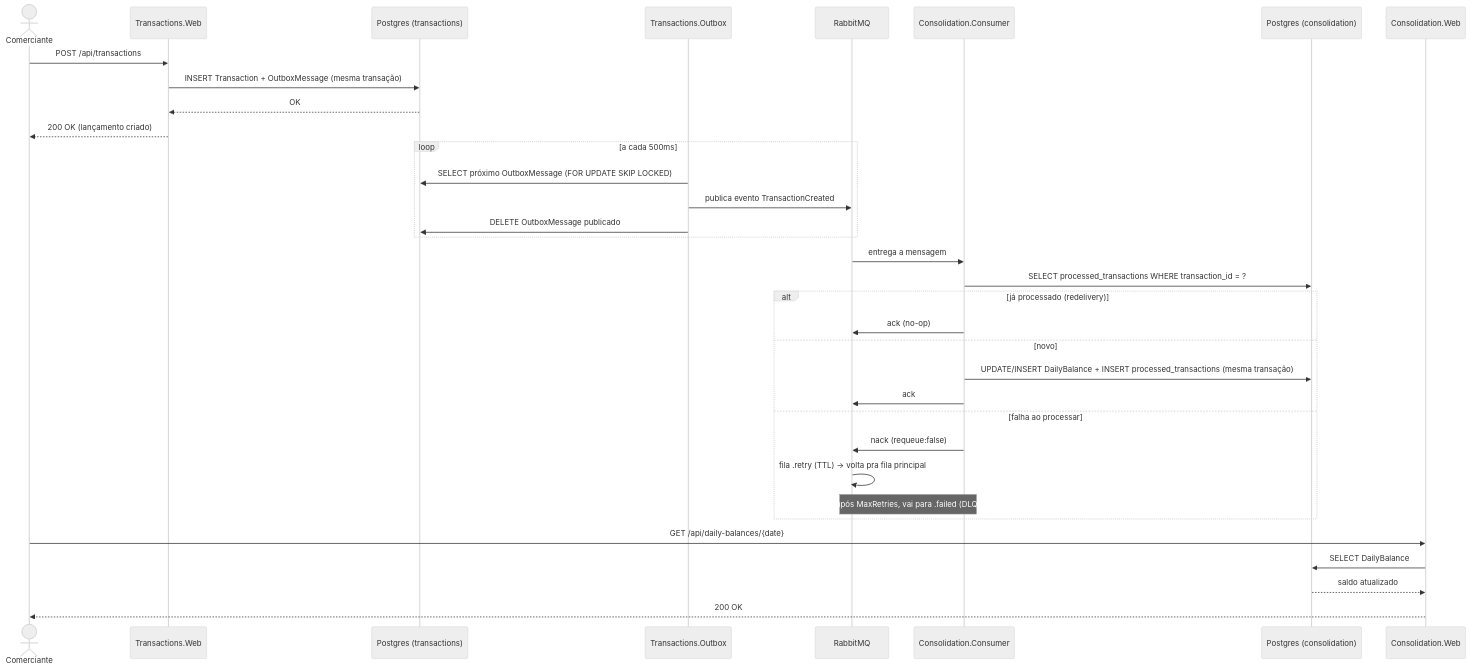
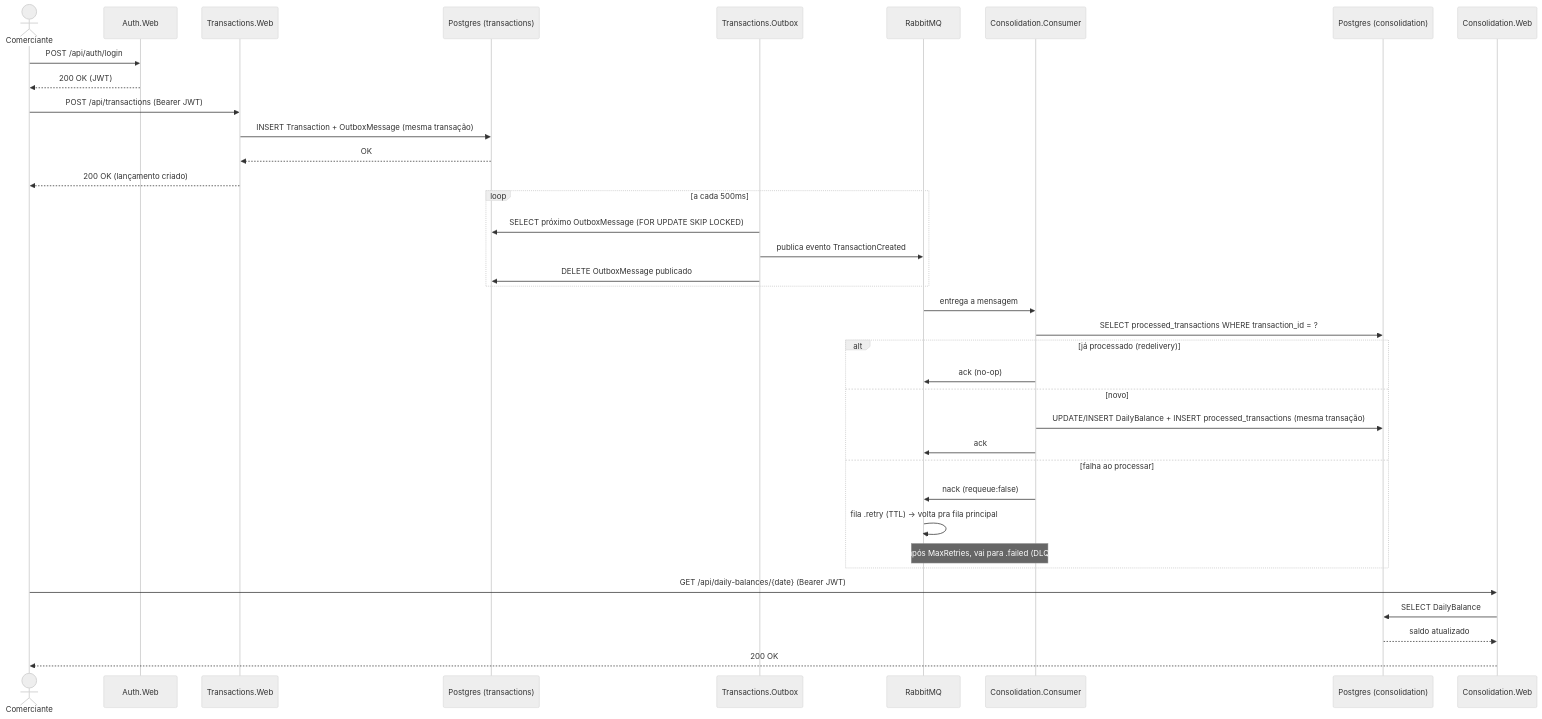
Before and after one commit to lhpvolpi/cash-flow: the third of 4 diagrams in docs/architecture.md, drawn with Mermaid (neutral theme). The commit also changed other lines of this file and 9 other files, not shown here.

First line of the commit message:
test: testes de autorização JWT via WebApplicationFactory e atualização da documentação

````diff
--- a/docs/architecture.md
+++ b/docs/architecture.md
@@ -97,41 +107,45 @@
 ```mermaid
 sequenceDiagram
     actor M as Comerciante
+    participant AW as Auth.Web
     participant TW as Transactions.Web
     participant TDB as Postgres (transactions)
     participant TO as Transactions.Outbox
     participant MQ as RabbitMQ
     participant CC as Consolidation.Consumer
     participant CDB as Postgres (consolidation)
     participant CW as Consolidation.Web
 
-    M->>TW: POST /api/transactions
+    M->>AW: POST /api/auth/login
+    AW-->>M: 200 OK (JWT)
+
+    M->>TW: POST /api/transactions (Bearer JWT)
     TW->>TDB: INSERT Transaction + OutboxMessage (mesma transação)
     TDB-->>TW: OK
     TW-->>M: 200 OK (lançamento criado)
 
     loop a cada 500ms
         TO->>TDB: SELECT próximo OutboxMessage (FOR UPDATE SKIP LOCKED)
         TO->>MQ: publica evento TransactionCreated
         TO->>TDB: DELETE OutboxMessage publicado
     end
 
     MQ->>CC: entrega a mensagem
     CC->>CDB: SELECT processed_transactions WHERE transaction_id = ?
 
     alt já processado (redelivery)
         CC->>MQ: ack (no-op)
     else novo
         CC->>CDB: UPDATE/INSERT DailyBalance + INSERT processed_transactions (mesma transação)
         CC->>MQ: ack
     else falha ao processar
         CC->>MQ: nack (requeue:false)
         MQ->>MQ: fila .retry (TTL) → volta pra fila principal
         Note over MQ,CC: após MaxRetries, vai para .failed (DLQ)
     end
 
-    M->>CW: GET /api/daily-balances/{date}
+    M->>CW: GET /api/daily-balances/{date} (Bearer JWT)
     CW->>CDB: SELECT DailyBalance
     CDB-->>CW: saldo atualizado
     CW-->>M: 200 OK
 ```
````
